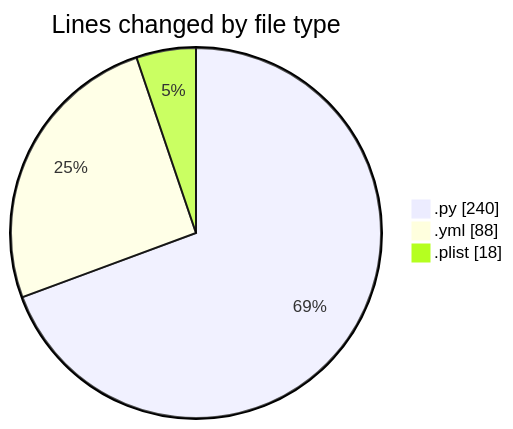
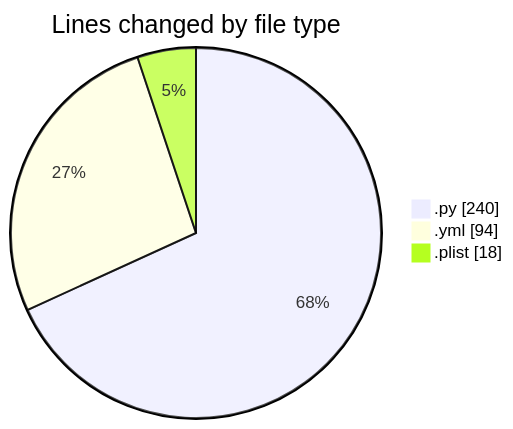
Before and after one commit to lephambinh05/code-tracking: the first of 2 diagrams in 2025-08-07/studybuddy/README.md, drawn with Mermaid. The commit also changed other lines of this file and 1 other file, not shown here.

````diff
--- a/2025-08-07/studybuddy/README.md
+++ b/2025-08-07/studybuddy/README.md
@@ -23,7 +23,7 @@
 ```mermaid
 pie showData
 title Lines changed by file type
 ".py" : 240
-".yml" : 88
+".yml" : 94
 ".plist" : 18
 ```
````
